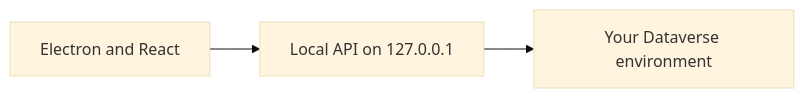
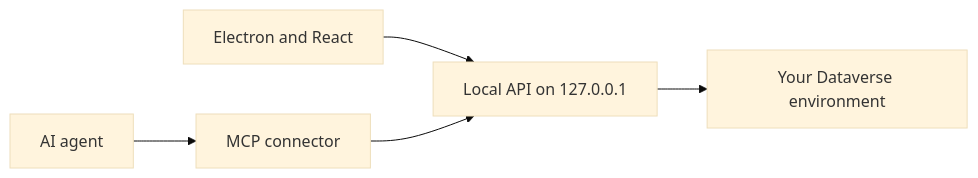
The diagram in README.md (AbdallahNagy/PowerTools), drawn with Mermaid (base theme) before and after one commit. The commit also changed other lines of this file and 2 other files, not shown here.

````diff
--- a/README.md
+++ b/README.md
@@ -59,5 +102,6 @@
 ```mermaid
 flowchart LR
   app["Electron and React"] --> api["Local API on 127.0.0.1"]
+  agent["AI agent"] --> connector["MCP connector"] --> api
   api --> dataverse["Your Dataverse environment"]
 ```
````
